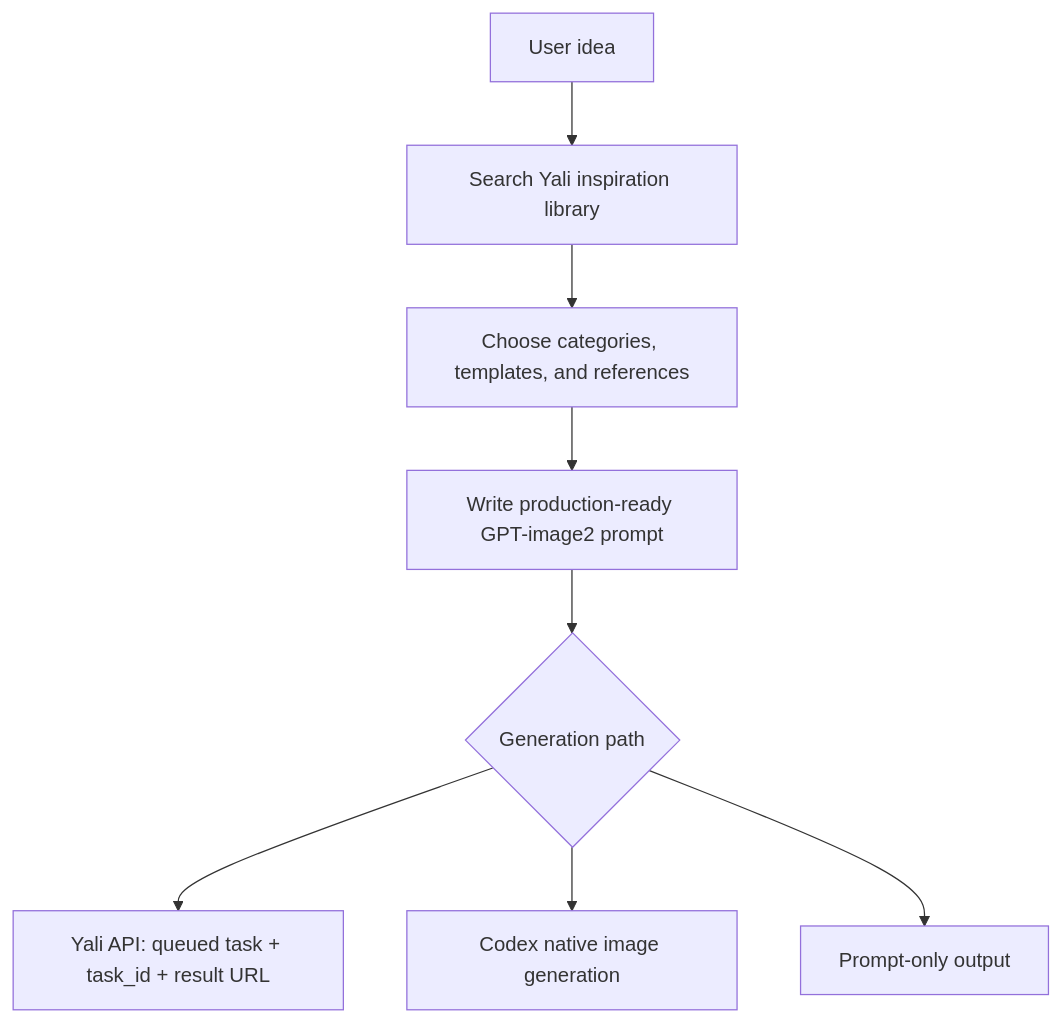
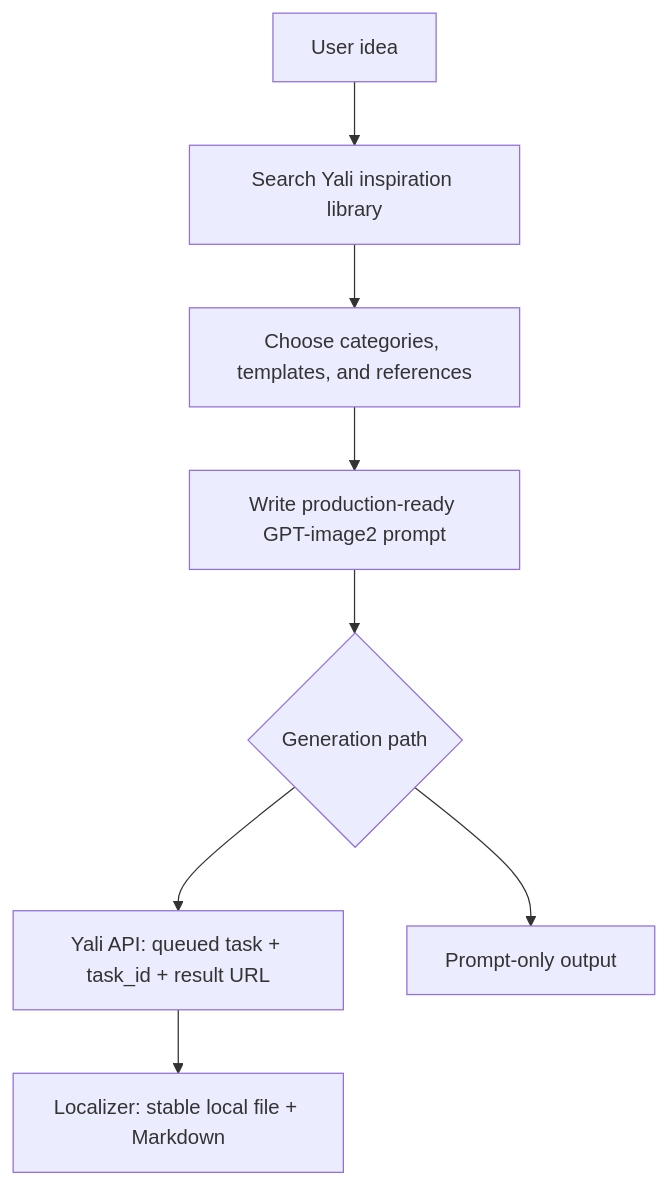
The diagram in README.md (pptt121212/yaliai-gpt-image-2-inspiration), drawn with Mermaid before and after one commit. The commit also changed other lines of this file and 33 other files, not shown here.

````diff
--- a/README.md
+++ b/README.md
@@ -128,10 +128,10 @@
 ```mermaid
 flowchart TD
   A["User idea"] --> B["Search Yali inspiration library"]
   B --> C["Choose categories, templates, and references"]
   C --> D["Write production-ready GPT-image2 prompt"]
   D --> E{"Generation path"}
   E --> F["Yali API: queued task + task_id + result URL"]
-  E --> G["Codex native image generation"]
+  F --> G["Localizer: stable local file + Markdown"]
   E --> H["Prompt-only output"]
 ```
````
